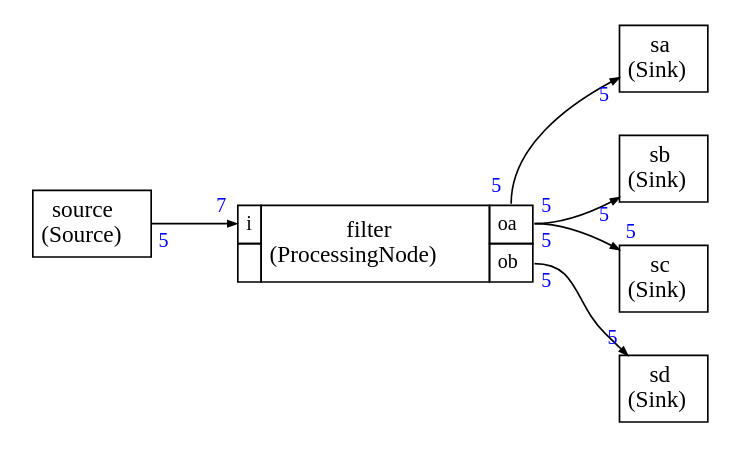
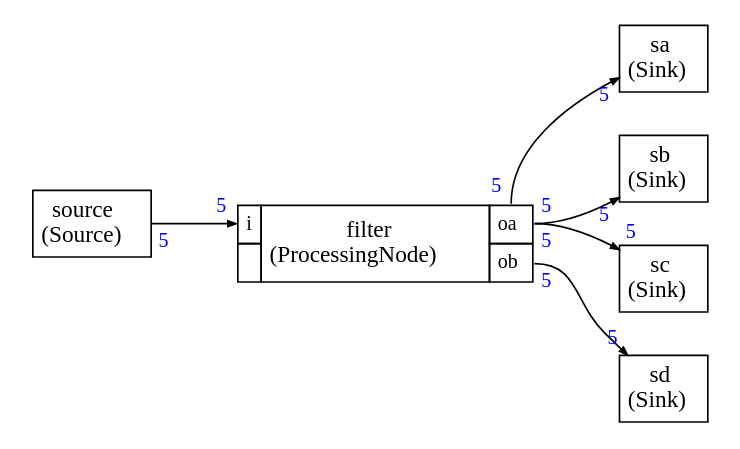
One commit to ARM-software/CMSIS-Stream changed the diagram in Examples/example8/pre_schedule_test.dot. Above: the diagram before and after it, drawn with Graphviz. The commit also changed 128 other files, not shown here.

```diff
--- a/Examples/example8/pre_schedule_test.dot
+++ b/Examples/example8/pre_schedule_test.dot
@@ -1,97 +1,97 @@
 
 
 
 
 digraph structs {
     bgcolor = "white"
     node [shape=plaintext,color="black",fontcolor="black",fontname="Times-Roman"]
     rankdir=LR
     edge [arrowsize="0.5",color="black",fontcolor="black",fontname="Times-Roman"]
 
 
 
 source [label=<
 <TABLE color="black" bgcolor="none" BORDER="0" CELLBORDER="1" CELLSPACING="0" CELLPADDING="4">
   <TR>
     <TD ALIGN="CENTER" PORT="i"><FONT COLOR="black" POINT-SIZE="14.0">source<BR/>(Source)</FONT></TD>
   </TR>
 </TABLE>>];
 
 
 filter [label=<
 <TABLE color="black" bgcolor="none" BORDER="0" CELLBORDER="1" CELLSPACING="0" CELLPADDING="4">
   <TR>
     <TD PORT="i"><FONT POINT-SIZE="12.0" COLOR="black">i</FONT></TD>
     <TD ALIGN="CENTER" ROWSPAN="2"><FONT COLOR="black" POINT-SIZE="14.0">filter<BR/>(ProcessingNode)</FONT></TD>
     <TD PORT="oa"><FONT POINT-SIZE="12.0" COLOR="black">oa</FONT></TD>
   </TR>
 <TR>
  
 <TD></TD>
 <TD PORT="ob"><FONT POINT-SIZE="12.0" COLOR="black">ob</FONT></TD>
 </TR>
 
 </TABLE>>];
 
 sa [label=<
 <TABLE color="black" bgcolor="none" BORDER="0" CELLBORDER="1" CELLSPACING="0" CELLPADDING="4">
   <TR>
     <TD ALIGN="CENTER" PORT="i"><FONT COLOR="black" POINT-SIZE="14.0">sa<BR/>(Sink)</FONT></TD>
   </TR>
 </TABLE>>];
 
 sb [label=<
 <TABLE color="black" bgcolor="none" BORDER="0" CELLBORDER="1" CELLSPACING="0" CELLPADDING="4">
   <TR>
     <TD ALIGN="CENTER" PORT="i"><FONT COLOR="black" POINT-SIZE="14.0">sb<BR/>(Sink)</FONT></TD>
   </TR>
 </TABLE>>];
 
 sc [label=<
 <TABLE color="black" bgcolor="none" BORDER="0" CELLBORDER="1" CELLSPACING="0" CELLPADDING="4">
   <TR>
     <TD ALIGN="CENTER" PORT="i"><FONT COLOR="black" POINT-SIZE="14.0">sc<BR/>(Sink)</FONT></TD>
   </TR>
 </TABLE>>];
 
 sd [label=<
 <TABLE color="black" bgcolor="none" BORDER="0" CELLBORDER="1" CELLSPACING="0" CELLPADDING="4">
   <TR>
     <TD ALIGN="CENTER" PORT="i"><FONT COLOR="black" POINT-SIZE="14.0">sd<BR/>(Sink)</FONT></TD>
   </TR>
 </TABLE>>];
 
 
 
 source:i -> filter:i [style="solid",color="black",label=""
-,headlabel=<<TABLE BORDER="0" CELLPADDING="2"><TR><TD><FONT COLOR="blue" POINT-SIZE="12.0" >7</FONT>
+,headlabel=<<TABLE BORDER="0" CELLPADDING="2"><TR><TD><FONT COLOR="blue" POINT-SIZE="12.0" >5</FONT>
 </TD></TR></TABLE>>
 ,taillabel=<<TABLE BORDER="0" CELLPADDING="2"><TR><TD><FONT COLOR="blue" POINT-SIZE="12.0" >5</FONT>
 </TD></TR></TABLE>>]
 
 filter:oa -> sa:i [style="solid",color="black",label=""
 ,headlabel=<<TABLE BORDER="0" CELLPADDING="2"><TR><TD><FONT COLOR="blue" POINT-SIZE="12.0" >5</FONT>
 </TD></TR></TABLE>>
 ,taillabel=<<TABLE BORDER="0" CELLPADDING="2"><TR><TD><FONT COLOR="blue" POINT-SIZE="12.0" >5</FONT>
 </TD></TR></TABLE>>]
 
 filter:oa -> sb:i [style="solid",color="black",label=""
 ,headlabel=<<TABLE BORDER="0" CELLPADDING="2"><TR><TD><FONT COLOR="blue" POINT-SIZE="12.0" >5</FONT>
 </TD></TR></TABLE>>
 ,taillabel=<<TABLE BORDER="0" CELLPADDING="2"><TR><TD><FONT COLOR="blue" POINT-SIZE="12.0" >5</FONT>
 </TD></TR></TABLE>>]
 
 filter:oa -> sc:i [style="solid",color="black",label=""
 ,headlabel=<<TABLE BORDER="0" CELLPADDING="2"><TR><TD><FONT COLOR="blue" POINT-SIZE="12.0" >5</FONT>
 </TD></TR></TABLE>>
 ,taillabel=<<TABLE BORDER="0" CELLPADDING="2"><TR><TD><FONT COLOR="blue" POINT-SIZE="12.0" >5</FONT>
 </TD></TR></TABLE>>]
 
 filter:ob -> sd:i [style="solid",color="black",label=""
 ,headlabel=<<TABLE BORDER="0" CELLPADDING="2"><TR><TD><FONT COLOR="blue" POINT-SIZE="12.0" >5</FONT>
 </TD></TR></TABLE>>
 ,taillabel=<<TABLE BORDER="0" CELLPADDING="2"><TR><TD><FONT COLOR="blue" POINT-SIZE="12.0" >5</FONT>
 </TD></TR></TABLE>>]
 
 
 }
```
